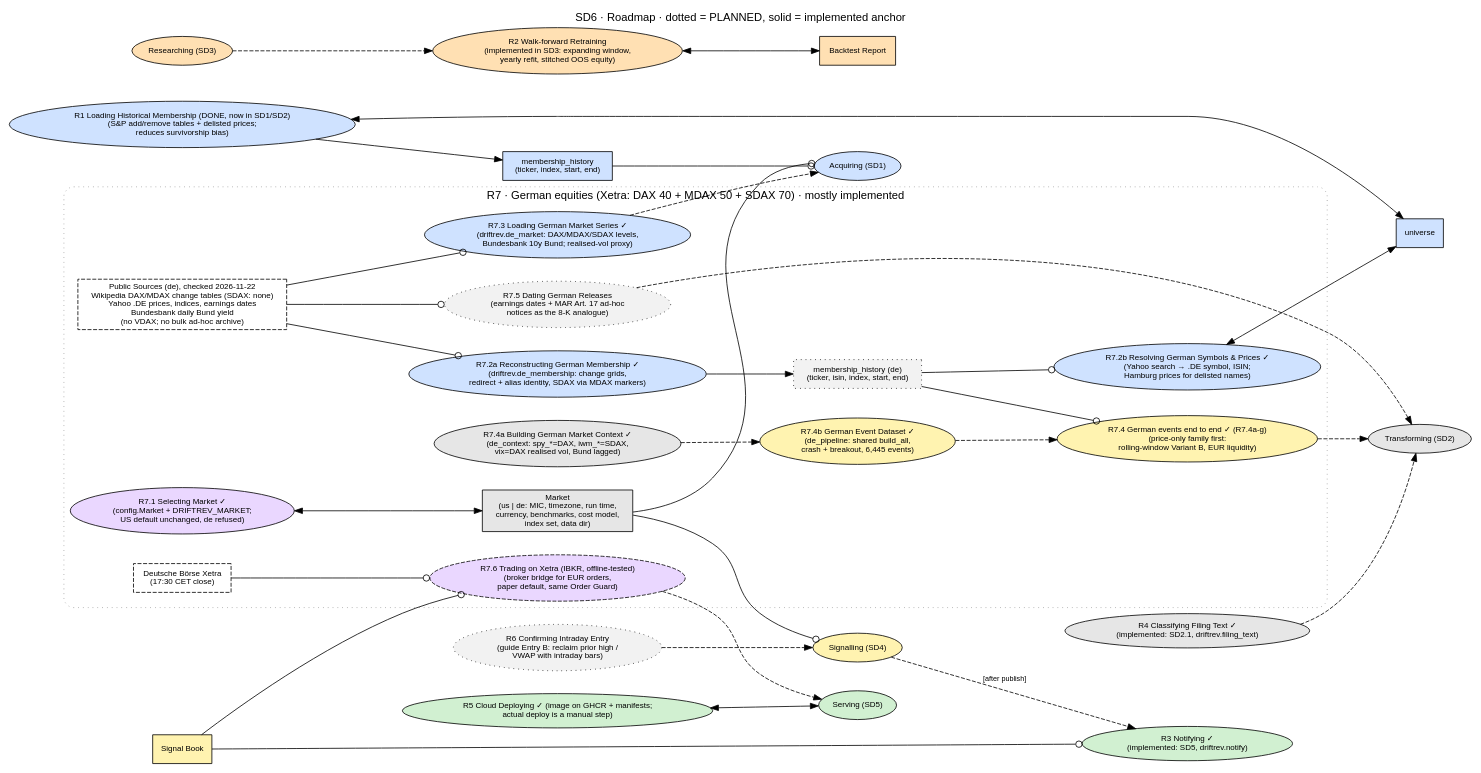
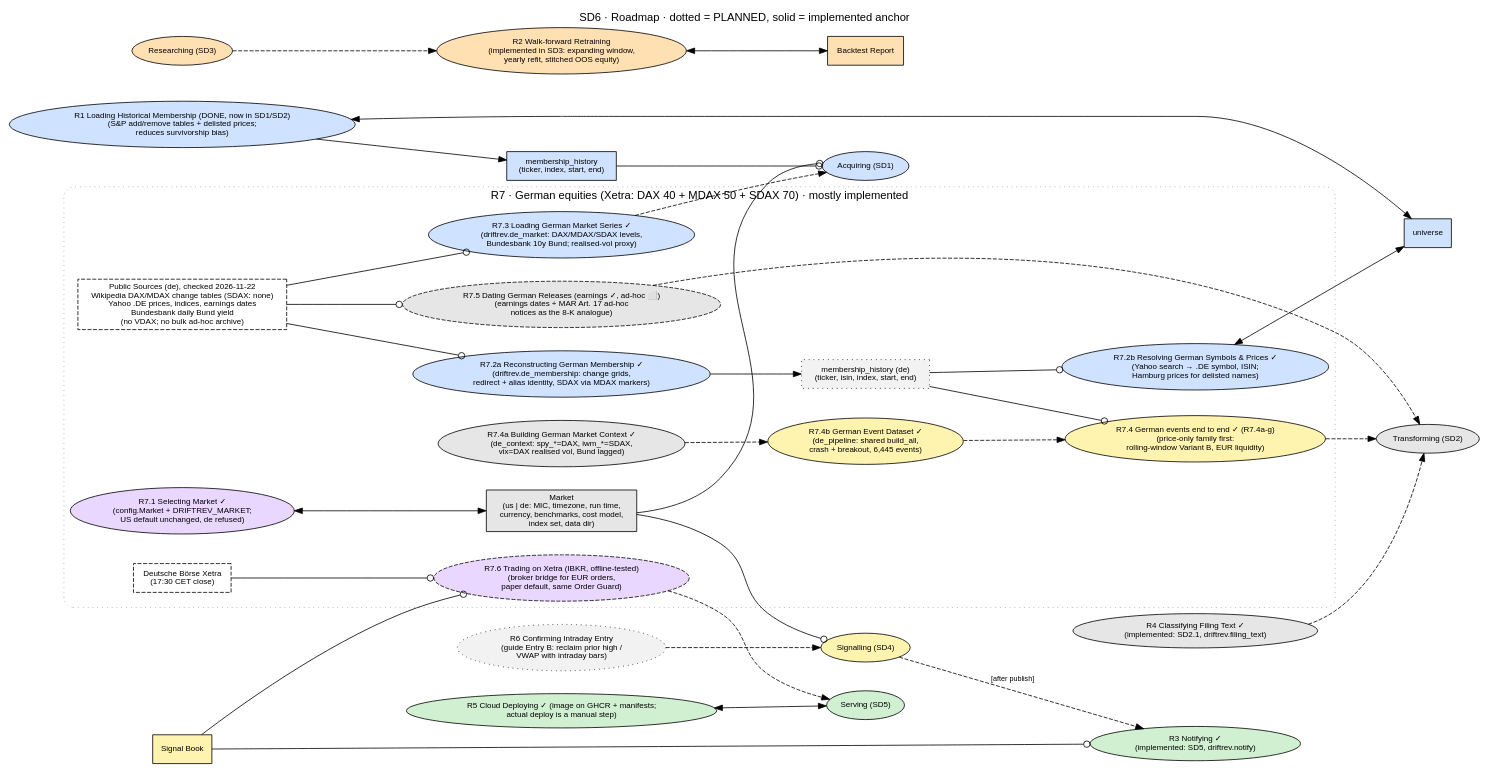
The diagram in project/docs/architecture/opm/SD6_roadmap.dot (witold-andelie/stock_analysis_wentao), drawn with Graphviz before and after one commit. The commit also changed 8 other files, not shown here.

First line of the commit message:
R7.5 German earnings events from Yahoo release dates

```diff
--- a/project/docs/architecture/opm/SD6_roadmap.dot
+++ b/project/docs/architecture/opm/SD6_roadmap.dot
@@ -1,61 +1,61 @@
 // SD6 · Roadmap: PLANNED processes (dotted) and where they attach to the implemented model.
 // Rule: a planned thing becomes solid only when its code, test and OPL sentence land together.
 digraph SD6 {
   graph [rankdir=LR, fontname="Helvetica", fontsize=14, labelloc=t, nodesep=0.4, ranksep=0.8,
          label="SD6 · Roadmap · dotted = PLANNED, solid = implemented anchor"];
   node  [fontname="Helvetica", fontsize=10, style=filled, fillcolor="#e6e6e6"];
   edge  [fontname="Helvetica", fontsize=9];
 
   // implemented anchors
   acquiring    [shape=ellipse, fillcolor="#cfe2ff", label="Acquiring (SD1)"];
   transforming [shape=ellipse, label="Transforming (SD2)"];
   researching  [shape=ellipse, fillcolor="#ffe0b3", label="Researching (SD3)"];
   signalling   [shape=ellipse, fillcolor="#fff3b0", label="Signalling (SD4)"];
   serving      [shape=ellipse, fillcolor="#d1f0d1", label="Serving (SD5)"];
   universe     [shape=box, fillcolor="#cfe2ff", label="universe"];
   report       [shape=box, fillcolor="#ffe0b3", label="Backtest Report"];
   book         [shape=box, fillcolor="#fff3b0", label="Signal Book"];
 
   // planned things
   r1 [shape=ellipse, fillcolor="#cfe2ff", label="R1 Loading Historical Membership (DONE, now in SD1/SD2)\n(S&P add/remove tables + delisted prices;\nreduces survivorship bias)"];
   r1o [shape=box, fillcolor="#cfe2ff", label="membership_history\n(ticker, index, start, end)"];
   r2 [shape=ellipse, style="filled", fillcolor="#ffe0b3", label="R2 Walk-forward Retraining\n(implemented in SD3: expanding window,\nyearly refit, stitched OOS equity)"];
   r3 [shape=ellipse, fillcolor="#d1f0d1", label="R3 Notifying ✓\n(implemented: SD5, driftrev.notify)"];
   r4 [shape=ellipse, fillcolor="#e6e6e6", label="R4 Classifying Filing Text ✓\n(implemented: SD2.1, driftrev.filing_text)"];
   r5 [shape=ellipse, fillcolor="#d1f0d1", label="R5 Cloud Deploying ✓ (image on GHCR + manifests;\nactual deploy is a manual step)"];
   r6 [shape=ellipse, style="filled,dotted", fillcolor="#f2f2f2", label="R6 Confirming Intraday Entry\n(guide Entry B: reclaim prior high /\nVWAP with intraday bars)"];
 
   r1 -> r1o; r1o -> acquiring [arrowhead=odot]; r1 -> universe [dir=both];
   researching -> r2 [style=dashed]; r2 -> report [dir=both];
   signalling -> r3 [style=dashed, label="[after publish]"]; book -> r3 [arrowhead=odot];
   r4 -> transforming [style=dashed];
   r5 -> serving [dir=both];
   r6 -> signalling [style=dashed];
 
   // R7 · German equities on Deutsche Börse Xetra (DAX + MDAX + SDAX). Order of delivery: R7.1 → R7.6.
   subgraph cluster_r7 {
     label="R7 · German equities (Xetra: DAX 40 + MDAX 50 + SDAX 70) · mostly implemented"; style="rounded,dotted"; color="#999999";
     node [style="filled,dotted", fillcolor="#f2f2f2"];
     market   [shape=box, style=filled, fillcolor="#e6e6e6", label="Market\n(us | de: MIC, timezone, run time,\ncurrency, benchmarks, cost model,\nindex set, data dir)"];
     r71 [shape=ellipse, style=filled, fillcolor="#ead7ff", label="R7.1 Selecting Market ✓\n(config.Market + DRIFTREV_MARKET;\nUS default unchanged, de refused)"];
     r72 [shape=ellipse, style=filled, fillcolor="#cfe2ff", label="R7.2a Reconstructing German Membership ✓\n(driftrev.de_membership: change grids,\nredirect + alias identity, SDAX via MDAX markers)"];
     r72b [shape=ellipse, style=filled, fillcolor="#cfe2ff", label="R7.2b Resolving German Symbols & Prices ✓\n(Yahoo search → .DE symbol, ISIN;\nHamburg prices for delisted names)"];
     r72o [shape=box, label="membership_history (de)\n(ticker, isin, index, start, end)"];
     r73 [shape=ellipse, style=filled, fillcolor="#cfe2ff", label="R7.3 Loading German Market Series ✓\n(driftrev.de_market: DAX/MDAX/SDAX levels,\nBundesbank 10y Bund; realised-vol proxy)"];
     r74b [shape=ellipse, style=filled, fillcolor="#fff3b0", label="R7.4b German Event Dataset ✓\n(de_pipeline: shared build_all,\ncrash + breakout, 6,445 events)"];
     r74a [shape=ellipse, style=filled, fillcolor="#e6e6e6", label="R7.4a Building German Market Context ✓\n(de_context: spy_*=DAX, iwm_*=SDAX,\nvix=DAX realised vol, Bund lagged)"];
     r74 [shape=ellipse, style=filled, fillcolor="#fff3b0", label="R7.4 German events end to end ✓ (R7.4a-g)\n(price-only family first:\nrolling-window Variant B, EUR liquidity)"];
-    r75 [shape=ellipse, label="R7.5 Dating German Releases\n(earnings dates + MAR Art. 17 ad-hoc\nnotices as the 8-K analogue)"];
+    r75 [shape=ellipse, style="filled,dashed", fillcolor="#e6e6e6", label="R7.5 Dating German Releases (earnings ✓, ad-hoc ⬜)\n(earnings dates + MAR Art. 17 ad-hoc\nnotices as the 8-K analogue)"];
     r76 [shape=ellipse, style="filled,dashed", fillcolor="#ead7ff", label="R7.6 Trading on Xetra (IBKR, offline-tested)\n(broker bridge for EUR orders,\npaper default, same Order Guard)"];
     xetra [shape=box, style="filled,dashed", fillcolor="#ffffff", label="Deutsche Börse Xetra\n(17:30 CET close)"];
     srcs  [shape=box, style="filled,dashed", fillcolor="#ffffff", label="Public Sources (de), checked 2026-11-22\nWikipedia DAX/MDAX change tables (SDAX: none)\nYahoo .DE prices, indices, earnings dates\nBundesbank daily Bund yield\n(no VDAX; no bulk ad-hoc archive)"];
   }
 
   r71 -> market [dir=both];
   market -> acquiring [arrowhead=odot]; market -> signalling [arrowhead=odot];
   srcs -> r72 [arrowhead=odot]; r72 -> r72o; r72o -> r72b [arrowhead=odot]; r72b -> universe [dir=both];
   srcs -> r73 [arrowhead=odot]; r73 -> acquiring [style=dashed];
   r72o -> r74 [arrowhead=odot]; r74 -> transforming [style=dashed]; r74a -> r74b [style=dashed]; r74b -> r74 [style=dashed];
   srcs -> r75 [arrowhead=odot]; r75 -> transforming [style=dashed];
   book -> r76 [arrowhead=odot]; xetra -> r76 [arrowhead=odot]; r76 -> serving [style=dashed];
 }
```
